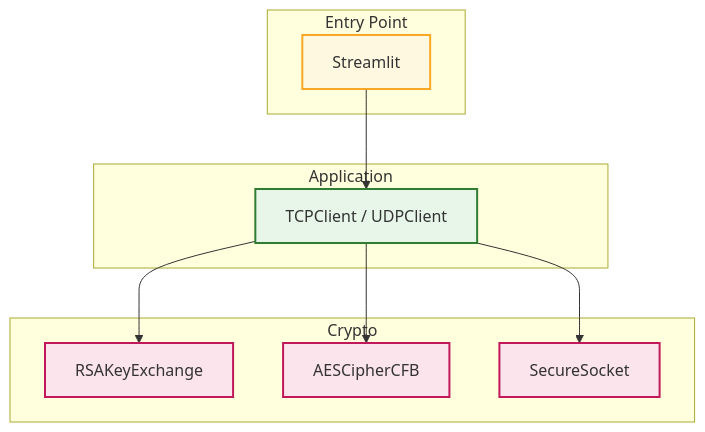
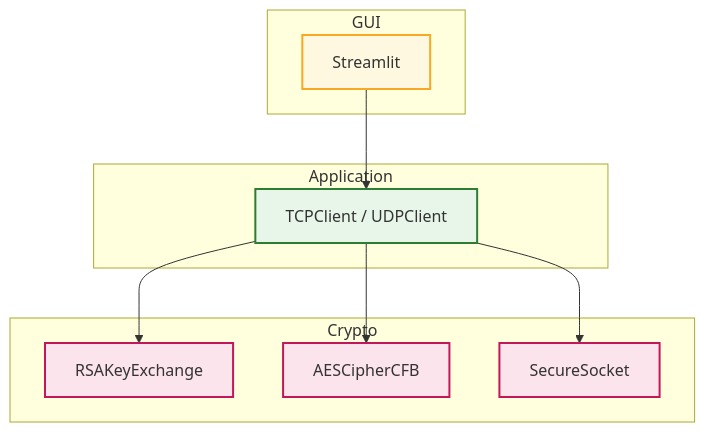
Before and after one commit to BackendExplorer/Online-Chat-Service: the first of 8 diagrams in README.md, drawn with Mermaid. The commit also changed other lines of this file, not shown here.

````diff
--- a/README.md
+++ b/README.md
@@ -49,32 +2,32 @@
 ```mermaid
 graph TD
 
   %% スタイル定義
   classDef ui fill:#fff8e1,stroke:#f9a825,stroke-width:2px
   classDef application fill:#e8f5e9,stroke:#2e7d32,stroke-width:2px
   classDef infra fill:#fce4ec,stroke:#c2185b,stroke-width:2px
 
-  subgraph Entry_Point["Entry Point"]
+  subgraph Entry_Point["GUI"]
     main["Streamlit"]
     class main ui
   end
 
   subgraph Application
     app["TCPClient / UDPClient"]
     class app application
   end
 
   subgraph Crypto
     rsa["RSAKeyExchange"]
     aes["AESCipherCFB"]
     sock["SecureSocket"]
     class rsa,aes,sock infra
   end
 
   main --> app
 
   app --> rsa
   app --> aes
   app --> sock
 
 ```
````
